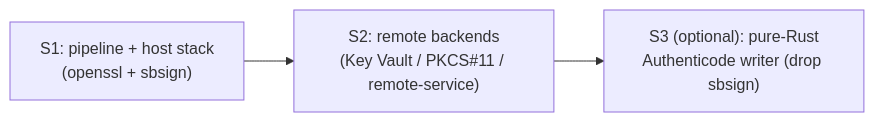
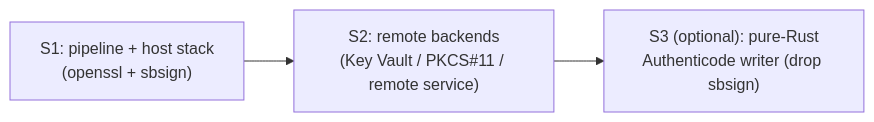
Before and after one commit to frhuelsz/tailor: the third of 3 diagrams in meta/docs/2026-06-29-signing.md, drawn with Mermaid. The commit also changed other lines of this file and 6 other files, not shown here.

````diff
--- a/meta/docs/2026-06-29-signing.md
+++ b/meta/docs/2026-06-29-signing.md
@@ -395,5 +395,5 @@
 ```mermaid
 graph LR
-  S1["S1: pipeline + host stack<br/>(openssl + sbsign)"] --> S2["S2: remote backends<br/>(Key Vault / PKCS#11 / remote-service)"]
+  S1["S1: pipeline + host stack<br/>(openssl + sbsign)"] --> S2["S2: remote backends<br/>(Key Vault / PKCS#11 / remote service)"]
   S2 --> S3["S3 (optional): pure-Rust<br/>Authenticode writer (drop sbsign)"]
 ```
````
